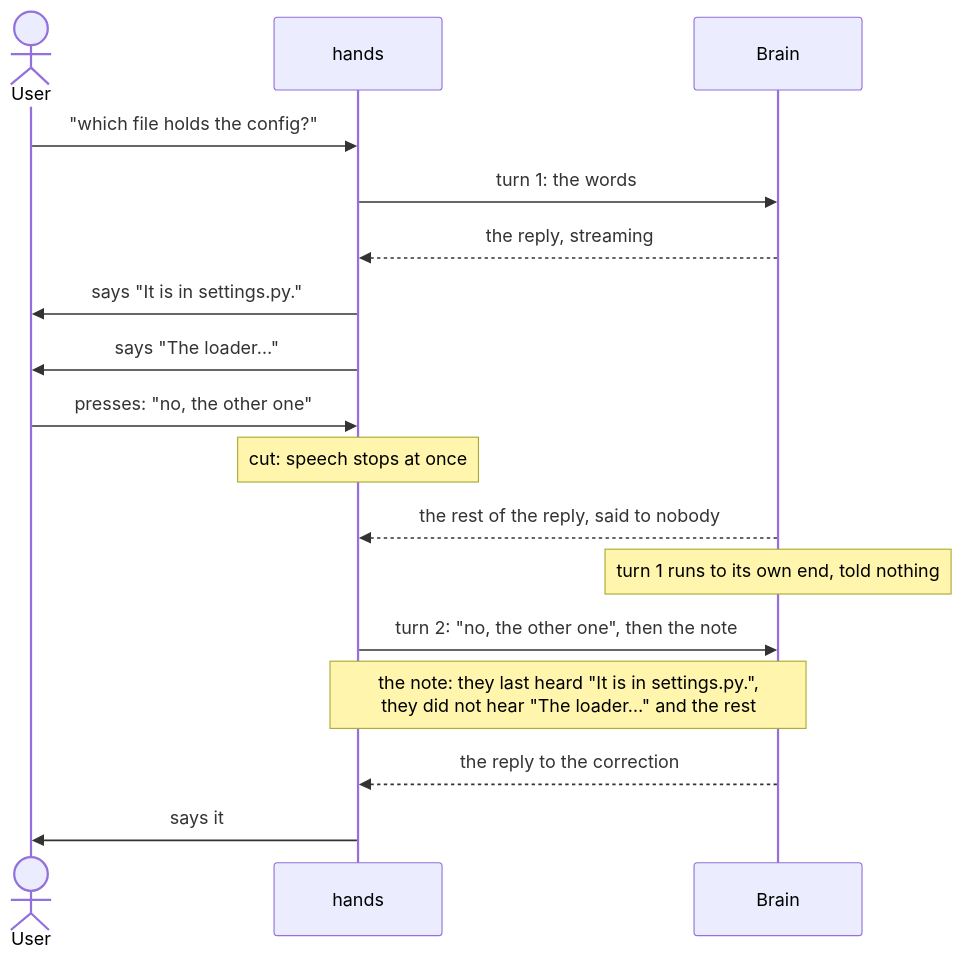
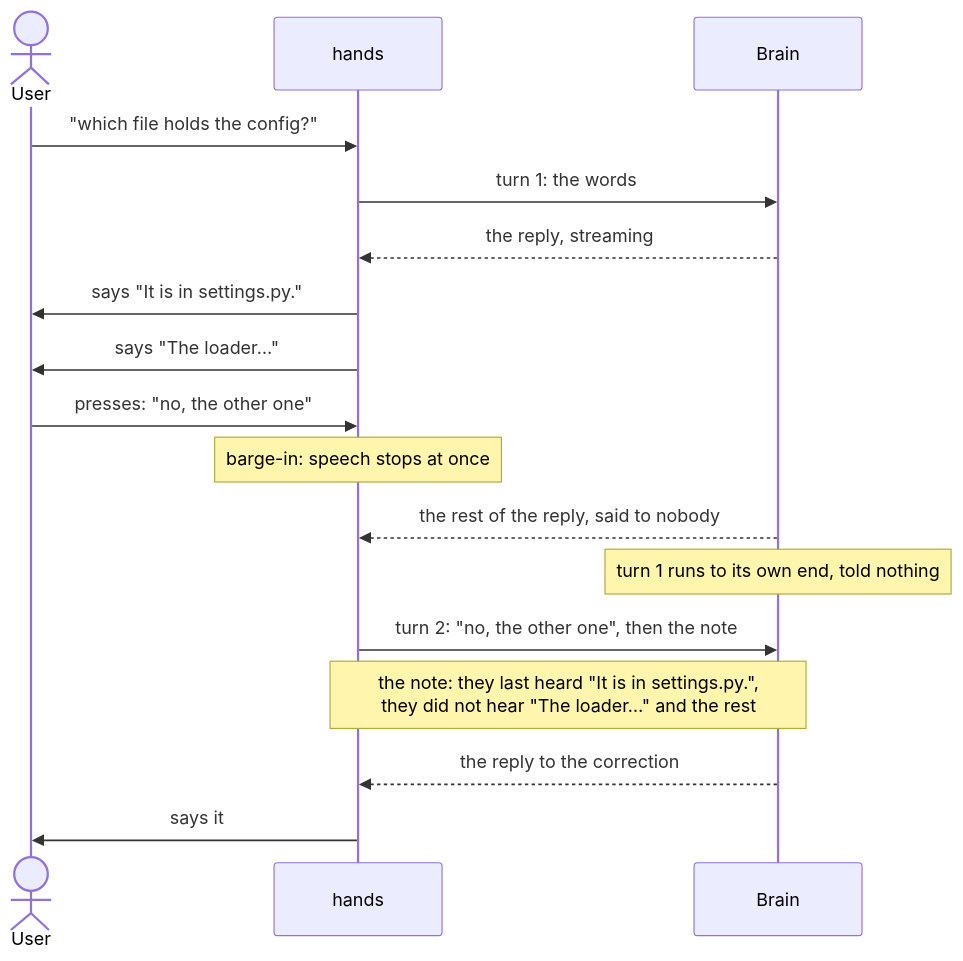
The second of 7 diagrams in docs/barge-in.md (promptctl/cc-hands), drawn with Mermaid before and after one commit. The commit also changed other lines of this file and 32 other files, not shown here.

Commit message:
barge-in: the cut, CutOff, SpokenOver and cut_in are named barge-in, as VoiceXML names it (promptctl-vocabulary-5uk4.2g1)

````diff
--- a/docs/barge-in.md
+++ b/docs/barge-in.md
@@ -182,19 +181,19 @@
 ```mermaid
 sequenceDiagram
     actor U as User
     participant H as hands
     participant B as Brain
     U->>H: "which file holds the config?"
     H->>B: turn 1: the words
     B-->>H: the reply, streaming
     H->>U: says "It is in settings.py."
     H->>U: says "The loader…"
     U->>H: presses: "no, the other one"
-    Note over H: cut: speech stops at once
+    Note over H: barge-in: speech stops at once
     B-->>H: the rest of the reply, said to nobody
     Note over B: turn 1 runs to its own end, told nothing
     H->>B: turn 2: "no, the other one", then the note
     Note over H,B: the note: they last heard "It is in settings.py.",<br/>they did not hear "The loader…" and the rest
     B-->>H: the reply to the correction
     H->>U: says it
 ```
````
